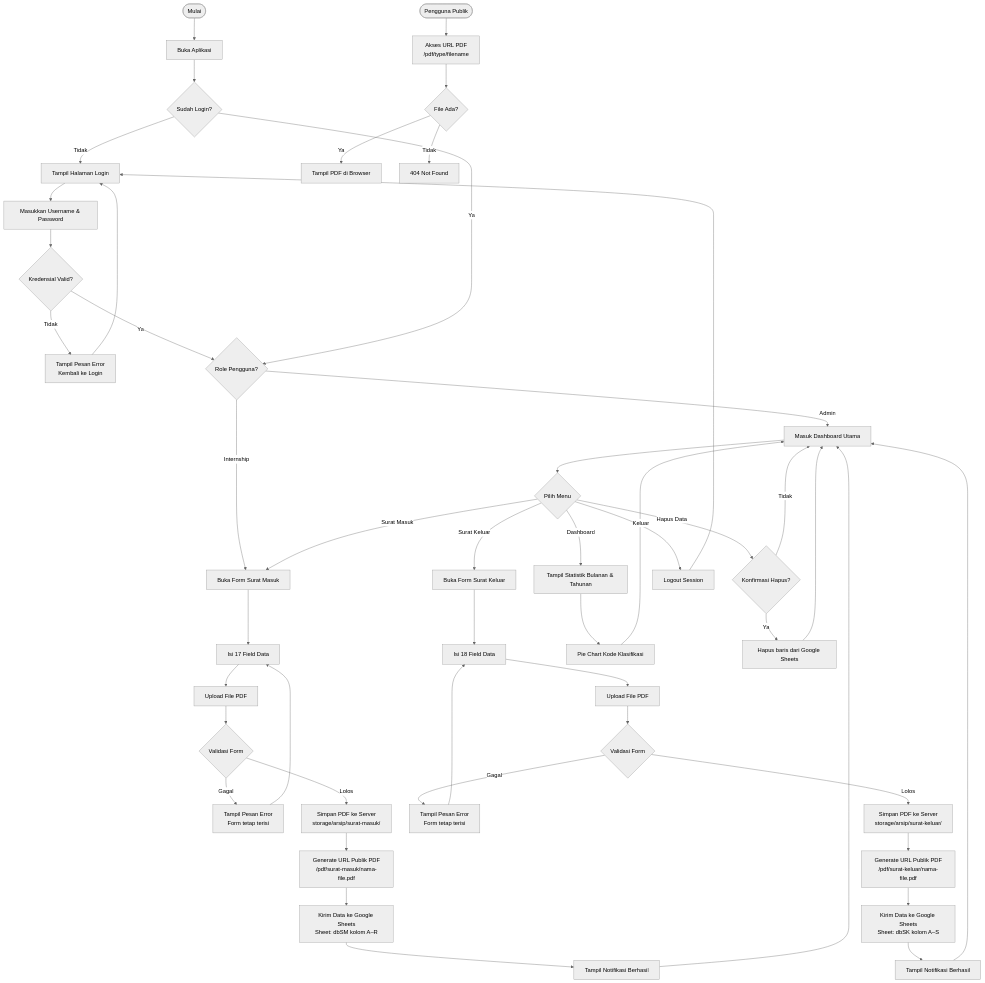
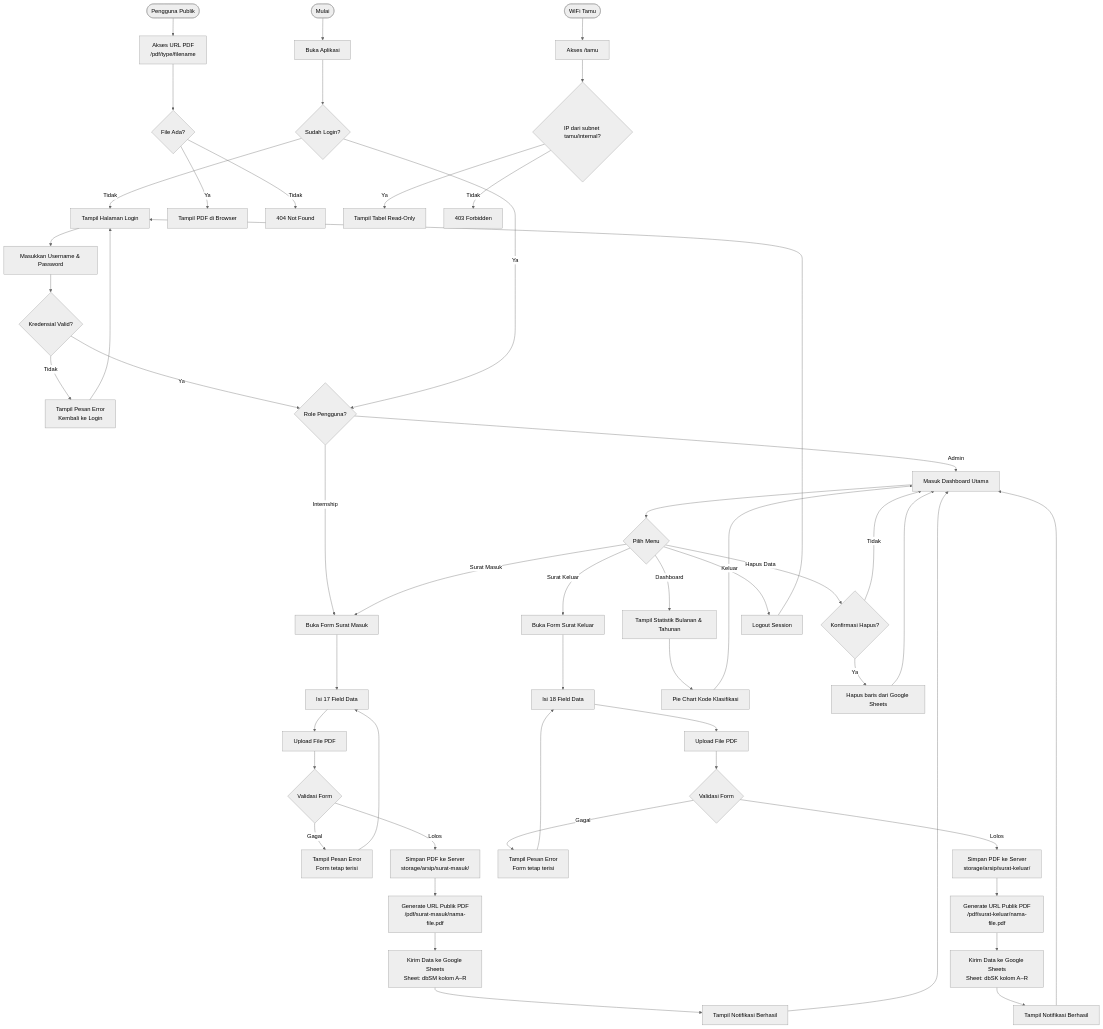
The second of 3 diagrams in README.md (Rpl087/PROJECT-MAGANG), drawn with Mermaid (neutral theme) before and after one commit. The commit also changed other lines of this file and 7 other files, not shown here.

````diff
--- a/README.md
+++ b/README.md
@@ -217,57 +323,62 @@
 ```mermaid
 flowchart TD
     A([Mulai]) --> B[Buka Aplikasi]
     B --> C{Sudah Login?}
     C -- Tidak --> D[Tampil Halaman Login]
     D --> E[Masukkan Username & Password]
     E --> F{Kredensial Valid?}
     F -- Tidak --> G[Tampil Pesan Error\nKembali ke Login]
     G --> D
     F -- Ya --> ROLE{Role Pengguna?}
     ROLE -- Admin --> H[Masuk Dashboard Utama]
     ROLE -- Internship --> J[Buka Form Surat Masuk]
     C -- Ya --> ROLE
 
     H --> I{Pilih Menu}
 
     I -- Surat Masuk --> J[Buka Form Surat Masuk]
     J --> K[Isi 17 Field Data]
     K --> L[Upload File PDF]
     L --> M{Validasi Form}
     M -- Gagal --> N[Tampil Pesan Error\nForm tetap terisi]
     N --> K
     M -- Lolos --> O[Simpan PDF ke Server\nstorage/arsip/surat-masuk/]
     O --> O2[Generate URL Publik PDF\n/pdf/surat-masuk/nama-file.pdf]
     O2 --> P[Kirim Data ke Google Sheets\nSheet: dbSM kolom A–R]
     P --> Q[Tampil Notifikasi Berhasil]
     Q --> H
 
     I -- Surat Keluar --> R[Buka Form Surat Keluar]
     R --> S[Isi 18 Field Data]
     S --> T[Upload File PDF]
     T --> U{Validasi Form}
     U -- Gagal --> V[Tampil Pesan Error\nForm tetap terisi]
     V --> S
     U -- Lolos --> W[Simpan PDF ke Server\nstorage/arsip/surat-keluar/]
     W --> W2[Generate URL Publik PDF\n/pdf/surat-keluar/nama-file.pdf]
-    W2 --> X[Kirim Data ke Google Sheets\nSheet: dbSK kolom A–S]
+    W2 --> X[Kirim Data ke Google Sheets\nSheet: dbSK kolom A–R]
     X --> Y[Tampil Notifikasi Berhasil]
     Y --> H
 
     I -- Dashboard --> DA[Tampil Statistik Bulanan & Tahunan]
     DA --> DB[Pie Chart Kode Klasifikasi]
     DB --> H
 
     I -- Hapus Data --> DEL{Konfirmasi Hapus?}
     DEL -- Ya --> DELACT[Hapus baris dari Google Sheets]
     DELACT --> H
     DEL -- Tidak --> H
 
     I -- Keluar --> Z[Logout Session]
     Z --> D
 
     PUB([Pengguna Publik]) --> PURL[Akses URL PDF\n/pdf/type/filename]
     PURL --> PCHECK{File Ada?}
     PCHECK -- Ya --> PPDF[Tampil PDF di Browser]
     PCHECK -- Tidak --> P404[404 Not Found]
+
+    TAMU([WiFi Tamu]) --> TAMUURL[Akses /tamu]
+    TAMUURL --> TAMUCHECK{IP dari subnet tamu/internal?}
+    TAMUCHECK -- Ya --> TAMUVIEW[Tampil Tabel Read-Only]
+    TAMUCHECK -- Tidak --> T403[403 Forbidden]
 ```
````
